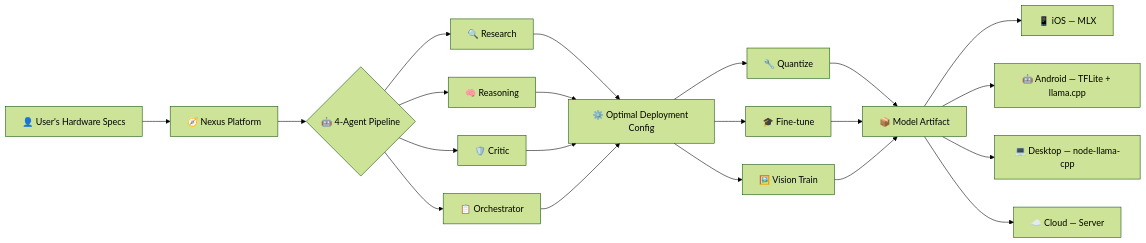
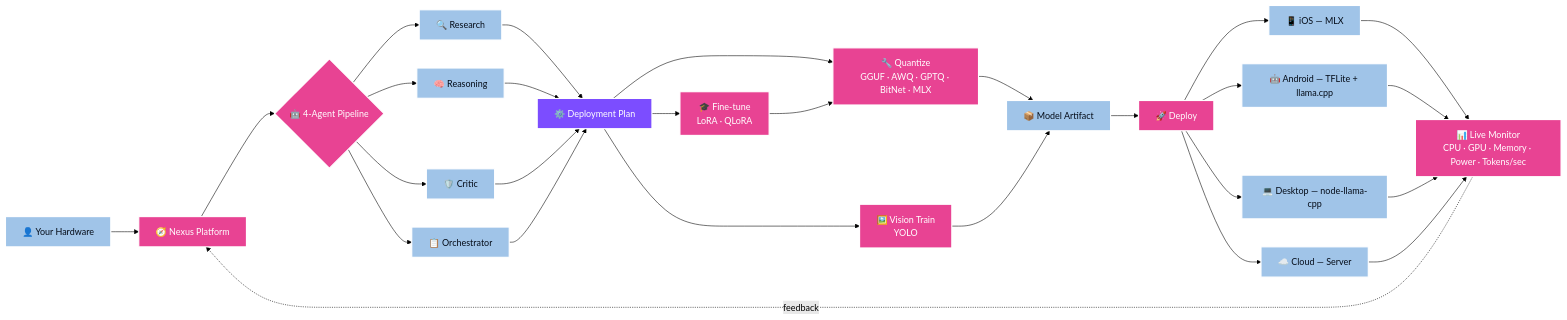
Before and after one commit to qpiai/nexus: the diagram in README.md, drawn with Mermaid (forest theme). The commit also changed other lines of this file and 2 other files, not shown here.

Commit message:
updated readme and contributing

````diff
--- a/README.md
+++ b/README.md
@@ -134,23 +136,37 @@
 ```mermaid
 graph LR
-    A["👤 User's Hardware Specs"] --> B["🧭 Nexus Platform"]
+    A["👤 Your Hardware"] --> B["🧭 Nexus Platform"]
     B --> C{"🤖 4-Agent Pipeline"}
     C --> D["🔍 Research"]
     C --> E["🧠 Reasoning"]
     C --> F["🛡️ Critic"]
     C --> G["📋 Orchestrator"]
-    D --> H["⚙️ Optimal Deployment Config"]
+    D --> H["⚙️ Deployment Plan"]
     E --> H
     F --> H
     G --> H
-    H --> I["🔧 Quantize"]
-    H --> J["🎓 Fine-tune"]
-    H --> K["🖼️ Vision Train"]
-    I --> L["📦 Model Artifact"]
-    J --> L
+    H --> I["🎓 Fine-tune<br/>LoRA · QLoRA"]
+    H --> J["🔧 Quantize<br/>GGUF · AWQ · GPTQ · BitNet · MLX"]
+    H --> K["🖼️ Vision Train<br/>YOLO"]
+    I --> J
+    J --> L["📦 Model Artifact"]
     K --> L
-    L --> M["📱 iOS — MLX"]
-    L --> N["🤖 Android — TFLite + llama.cpp"]
-    L --> O["💻 Desktop — node-llama-cpp"]
-    L --> P["☁️ Cloud — Server"]
+    L --> M["🚀 Deploy"]
+    M --> N["📱 iOS — MLX"]
+    M --> O["🤖 Android — TFLite + llama.cpp"]
+    M --> P["💻 Desktop — node-llama-cpp"]
+    M --> Q["☁️ Cloud — Server"]
+    N --> R["📊 Live Monitor<br/>CPU · GPU · Memory · Power · Tokens/sec"]
+    O --> R
+    P --> R
+    Q --> R
+    R -.feedback.-> B
+
+    classDef pink fill:#E84393,stroke:#ffffff,color:#ffffff,stroke-width:2px
+    classDef blue fill:#A0C4E8,stroke:#ffffff,color:#040c18,stroke-width:2px
+    classDef plan fill:#7c4dff,stroke:#ffffff,color:#ffffff,stroke-width:2px
+
+    class A,D,E,F,G,L,N,O,P,Q blue
+    class B,C,I,J,K,M,R pink
+    class H plan
 ```
````
